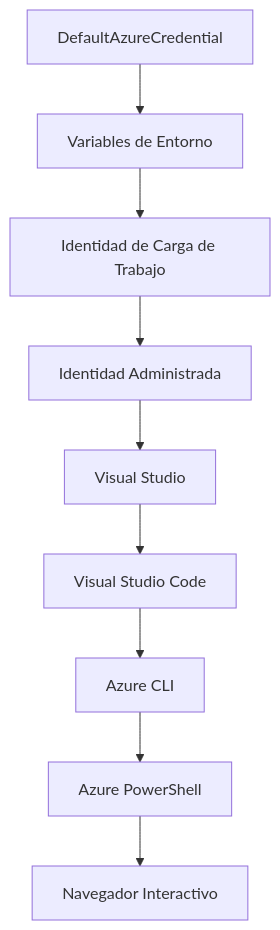
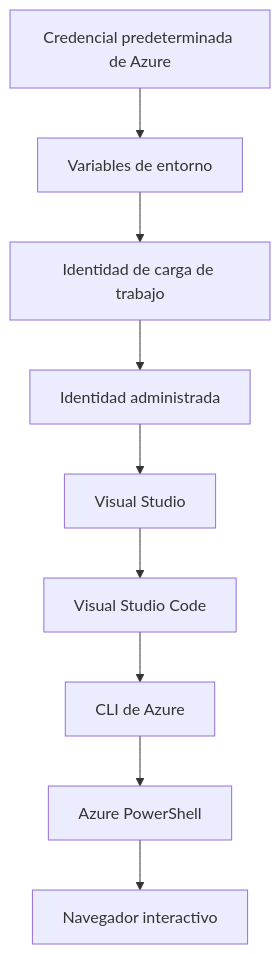
The second of 2 diagrams in translations/es/docs/chapter-01-foundation/azd-basics.md (microsoft/AZD-for-beginners), drawn with Mermaid before and after one commit. The commit also changed other lines of this file and 99 other files, not shown here.

````diff
--- a/translations/es/docs/chapter-01-foundation/azd-basics.md
+++ b/translations/es/docs/chapter-01-foundation/azd-basics.md
@@ -591,11 +593,11 @@
 ```mermaid
 graph TD
-    A[DefaultAzureCredential] --> B[Variables de Entorno]
-    B --> C[Identidad de Carga de Trabajo]
-    C --> D[Identidad Administrada]
+    A[Credencial predeterminada de Azure] --> B[Variables de entorno]
+    B --> C[Identidad de carga de trabajo]
+    C --> D[Identidad administrada]
     D --> E[Visual Studio]
     E --> F[Visual Studio Code]
-    F --> G[Azure CLI]
+    F --> G[CLI de Azure]
     G --> H[Azure PowerShell]
-    H --> I[Navegador Interactivo]
+    H --> I[Navegador interactivo]
 ```
````
